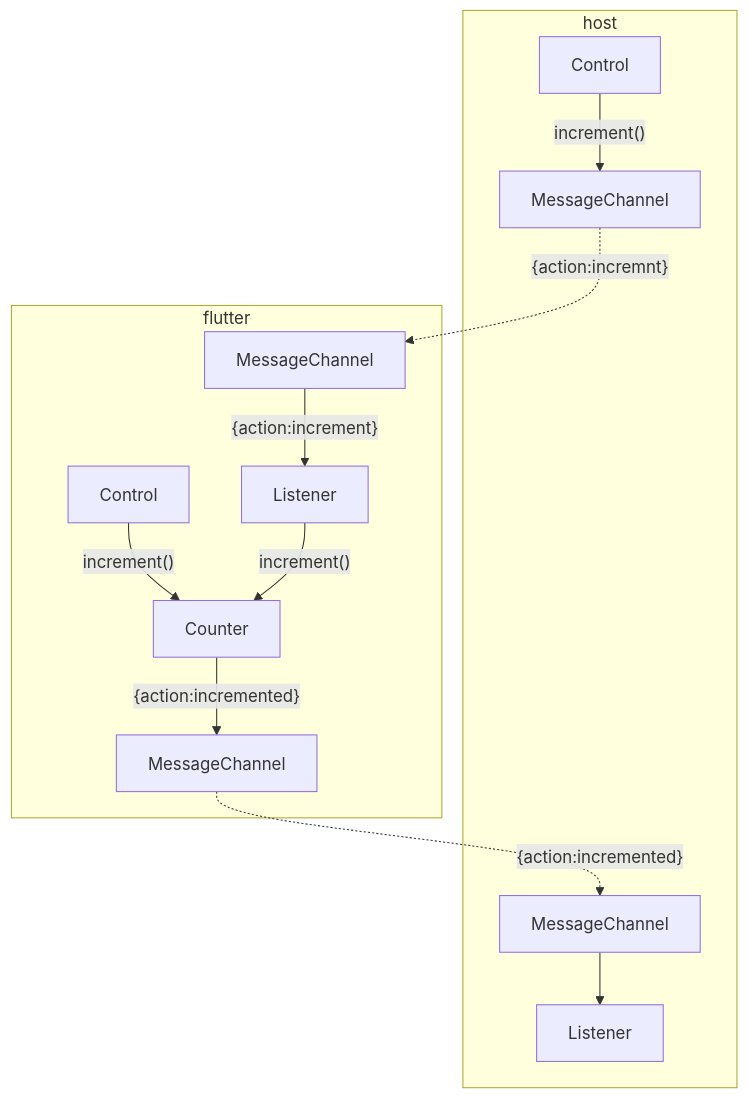
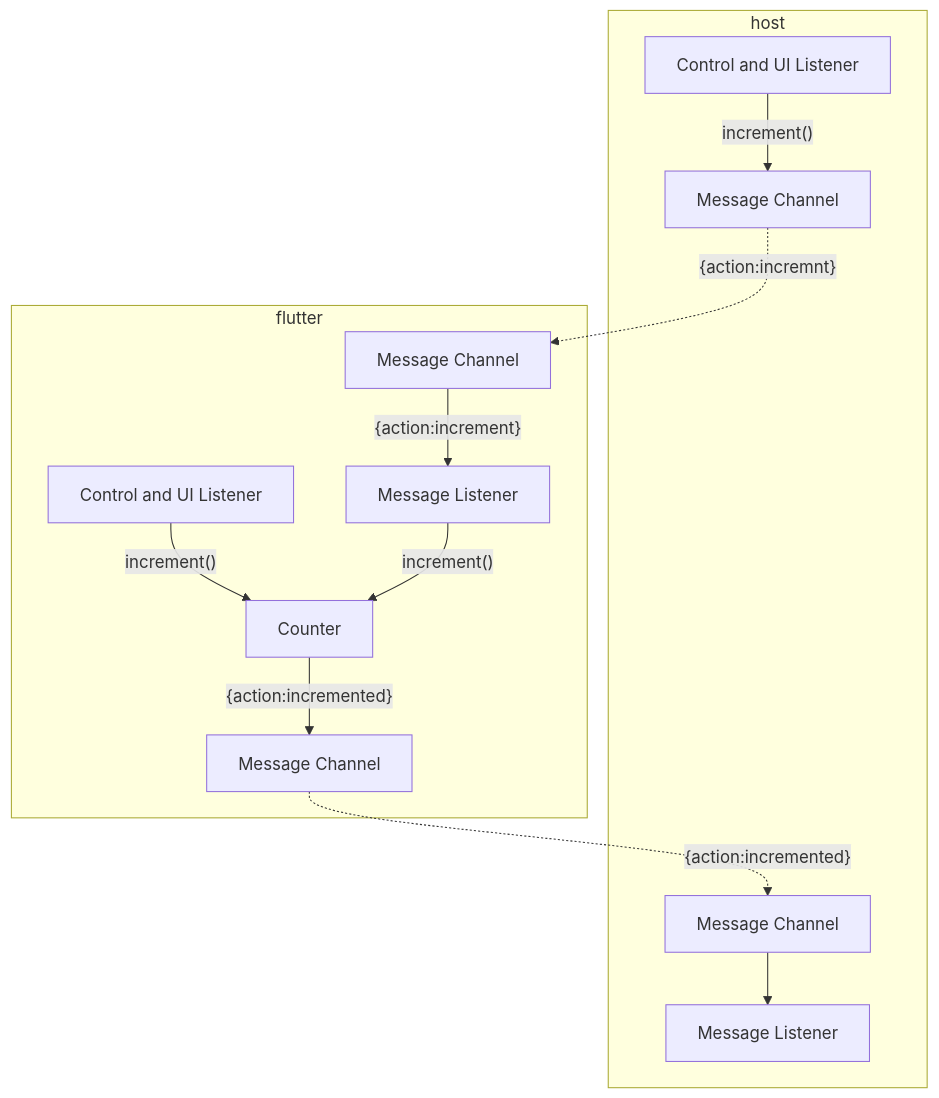
The diagram in README.md (freemansoft/flutter-embedded), drawn with Mermaid before and after one commit.

Commit message:
clarify general diagram

````diff
--- a/README.md
+++ b/README.md
@@ -9,24 +9,26 @@
 ```mermaid
-graph TD;
+graph TB;
     subgraph host
-        HostControl[Control]
-        HostChannel[MessageChannel]
-        HostChannel2[MessageChannel]
-        HostListener[Listener]
+        HostControl[Control and UI Listener]
+        HostChannel[Message Channel]
+
+        HostChannel2[Message Channel]
+        HostListener[Message Listener]
     end
 
     subgraph flutter
-        FlutterControl[Control]
-        FlutterChannel[MessageChannel]
-        FlutterChannel2[MessageChannel]
-        FlutterListener[Listener]
+        FlutterControl[Control and UI Listener]
+        FlutterChannel[Message Channel]
+
+        FlutterChannel2[Message Channel]
+        FlutterListener[Message Listener]
         Counter
     end
 
     FlutterControl--increment()-->Counter--{action:incremented}-->FlutterChannel2-.{action:incremented}.->HostChannel2-->HostListener
 
     HostControl--increment()-->HostChannel-."{action:incremnt}".->FlutterChannel
 
     FlutterChannel--"{action:increment}"-->FlutterListener--increment()-->Counter
 
 ```
````
